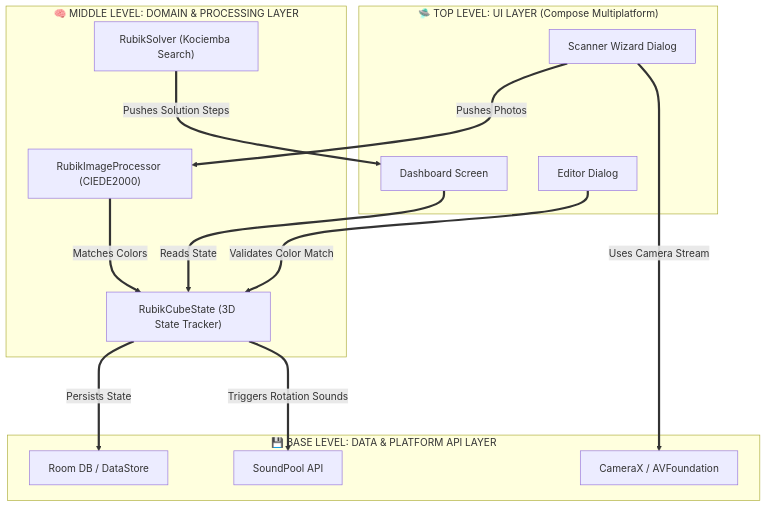
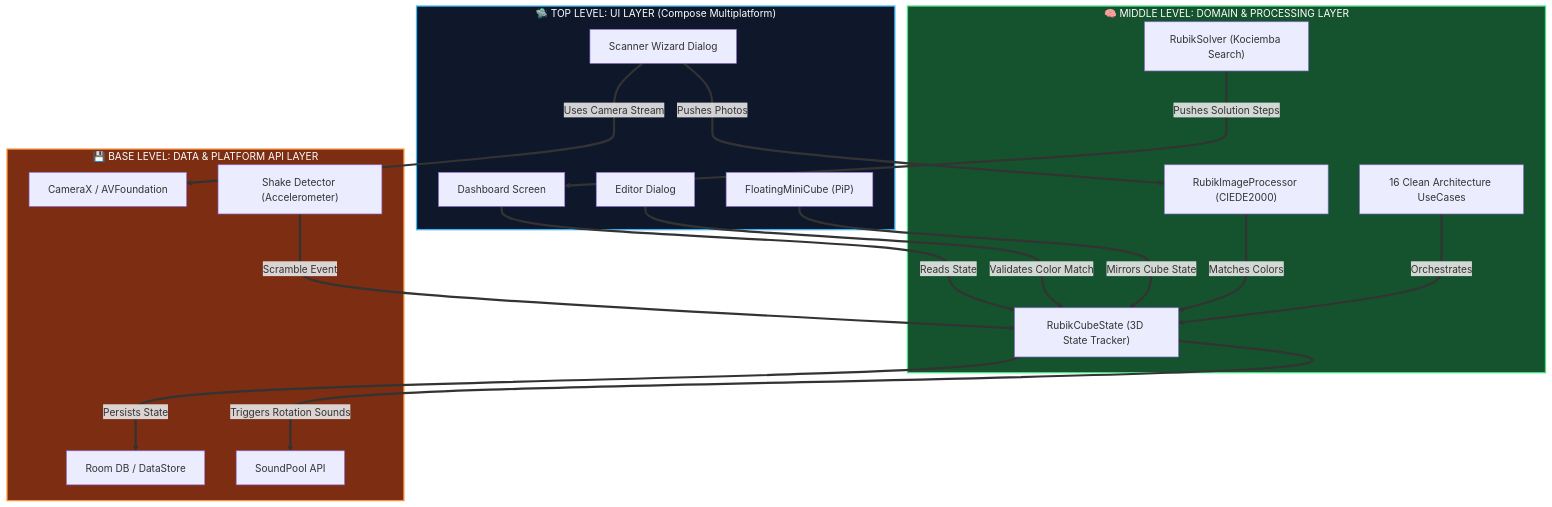
One commit to vahitkeskin/RubikSync changed the first of 3 diagrams in README.md. Above: the diagram before and after it, drawn with Mermaid. The commit also changed other lines of this file and 21 other files, not shown here.

````diff
--- a/README.md
+++ b/README.md
@@ -77,32 +197,43 @@
 ```mermaid
 graph TD
     subgraph UI_LAYER ["🛸 TOP LEVEL: UI LAYER (Compose Multiplatform)"]
         Dashboard["Dashboard Screen"]
         ScannerWizard["Scanner Wizard Dialog"]
         EditorDialog["Editor Dialog"]
+        FloatingPiP["FloatingMiniCube (PiP)"]
     end
 
     subgraph CORE_LAYER ["🧠 MIDDLE LEVEL: DOMAIN & PROCESSING LAYER"]
         RubikSolver["RubikSolver (Kociemba Search)"]
         RubikImageProcessor["RubikImageProcessor (CIEDE2000)"]
         RubikCubeState["RubikCubeState (3D State Tracker)"]
+        UseCases["16 Clean Architecture UseCases"]
     end
 
     subgraph INFRA_LAYER ["💾 BASE LEVEL: DATA & PLATFORM API LAYER"]
         RoomDB["Room DB / DataStore"]
         PlatformCamera["CameraX / AVFoundation"]
         PlatformSound["SoundPool API"]
+        ShakeDetector["Shake Detector (Accelerometer)"]
     end
 
     %% Flow connections (3D Vertical Top-Down dependencies)
     Dashboard ===>|Reads State| RubikCubeState
     ScannerWizard ===>|Pushes Photos| RubikImageProcessor
     EditorDialog ===>|Validates Color Match| RubikCubeState
+    FloatingPiP ===>|Mirrors Cube State| RubikCubeState
     
     RubikSolver ===>|Pushes Solution Steps| Dashboard
     RubikImageProcessor ===>|Matches Colors| RubikCubeState
+    UseCases ===>|Orchestrates| RubikCubeState
     
     RubikCubeState ===>|Persists State| RoomDB
     RubikCubeState ===>|Triggers Rotation Sounds| PlatformSound
     ScannerWizard ===>|Uses Camera Stream| PlatformCamera
+    ShakeDetector ===>|Scramble Event| RubikCubeState
+
+    %% Stil Tanımlamaları
+    style UI_LAYER fill:#0f172a,stroke:#38bdf8,stroke-width:2px,color:#fff
+    style CORE_LAYER fill:#14532d,stroke:#4ade80,stroke-width:2px,color:#fff
+    style INFRA_LAYER fill:#7c2d12,stroke:#fb923c,stroke-width:2px,color:#fff
 ```
````
